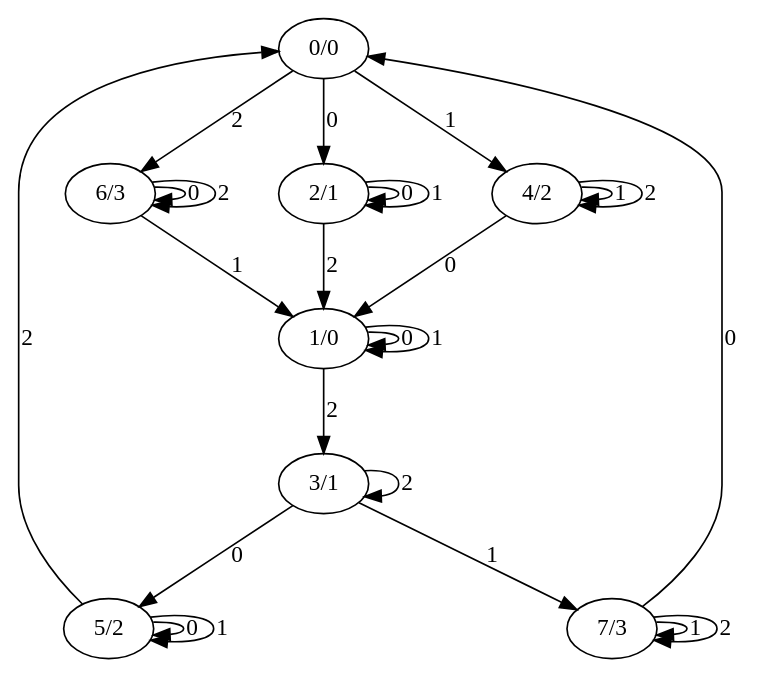
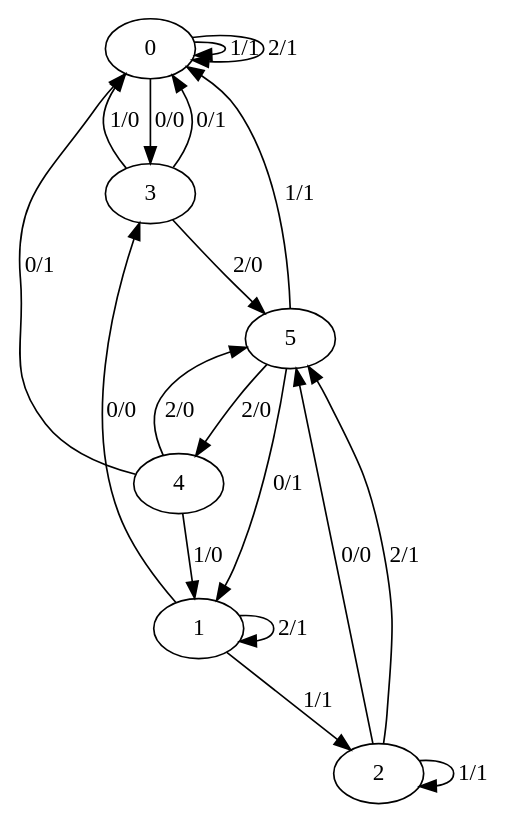
One commit to luchininaanna/TA changed the diagram in minimization/minimization/out.dot. Above: the diagram before and after it, drawn with Graphviz. The commit also changed 45 other files, not shown here.

```diff
--- a/minimization/minimization/out.dot
+++ b/minimization/minimization/out.dot
@@ -1,26 +1,20 @@
 digraph G{
-"0/0"->"2/1"[label="0"];
-"0/0"->"4/2"[label="1"];
-"0/0"->"6/3"[label="2"];
-"1/0"->"1/0"[label="0"];
-"1/0"->"1/0"[label="1"];
-"1/0"->"3/1"[label="2"];
-"2/1"->"2/1"[label="0"];
-"2/1"->"2/1"[label="1"];
-"2/1"->"1/0"[label="2"];
-"3/1"->"5/2"[label="0"];
-"3/1"->"7/3"[label="1"];
-"3/1"->"3/1"[label="2"];
-"4/2"->"1/0"[label="0"];
-"4/2"->"4/2"[label="1"];
-"4/2"->"4/2"[label="2"];
-"5/2"->"5/2"[label="0"];
-"5/2"->"5/2"[label="1"];
-"5/2"->"0/0"[label="2"];
-"6/3"->"6/3"[label="0"];
-"6/3"->"1/0"[label="1"];
-"6/3"->"6/3"[label="2"];
-"7/3"->"0/0"[label="0"];
-"7/3"->"7/3"[label="1"];
-"7/3"->"7/3"[label="2"];
+"0"->"3"[label="0/0"];
+"0"->"0"[label="1/1"];
+"0"->"0"[label="2/1"];
+"1"->"3"[label="0/0"];
+"1"->"2"[label="1/1"];
+"1"->"1"[label="2/1"];
+"2"->"5"[label="0/0"];
+"2"->"2"[label="1/1"];
+"2"->"5"[label="2/1"];
+"3"->"0"[label="0/1"];
+"3"->"0"[label="1/0"];
+"3"->"5"[label="2/0"];
+"4"->"0"[label="0/1"];
+"4"->"1"[label="1/0"];
+"4"->"5"[label="2/0"];
+"5"->"1"[label="0/1"];
+"5"->"0"[label="1/1"];
+"5"->"4"[label="2/0"];
 }
```
